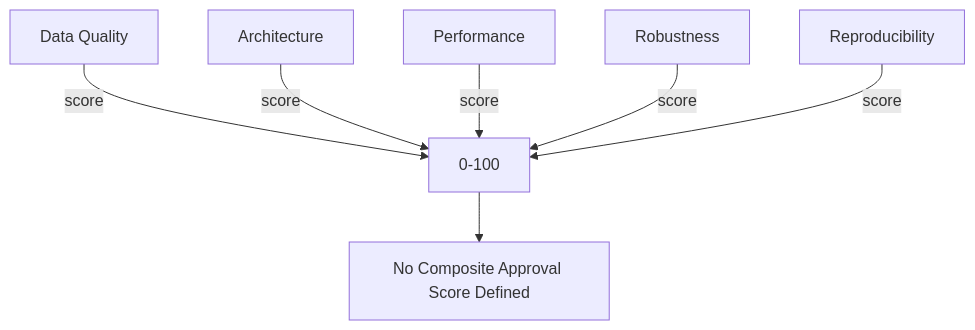
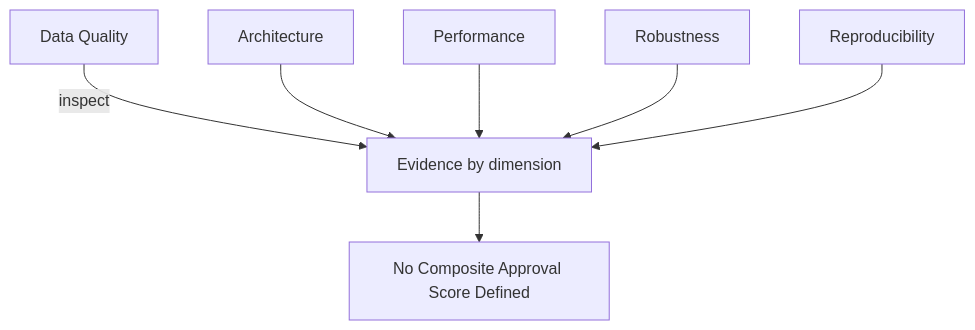
The fifth of 7 diagrams in plans/09-Quality/02-Validation/01-model-validation.md (Evintkoo/2048-ml), drawn with Mermaid before and after one commit. The commit also changed 157 other files, not shown here.

````diff
--- a/plans/09-Quality/02-Validation/01-model-validation.md
+++ b/plans/09-Quality/02-Validation/01-model-validation.md
@@ -96,9 +96,9 @@
 ```mermaid
 graph TD
-    A[Data Quality] -->|score| T1[0-100]
-    B[Architecture] -->|score| T1
-    C[Performance] -->|score| T1
-    D[Robustness] -->|score| T1
-    E[Reproducibility] -->|score| T1
+    A[Data Quality] -->|inspect| T1[Evidence by dimension]
+    B[Architecture] --> T1
+    C[Performance] --> T1
+    D[Robustness] --> T1
+    E[Reproducibility] --> T1
     T1 --> F[No Composite Approval Score Defined]
 ```
````
